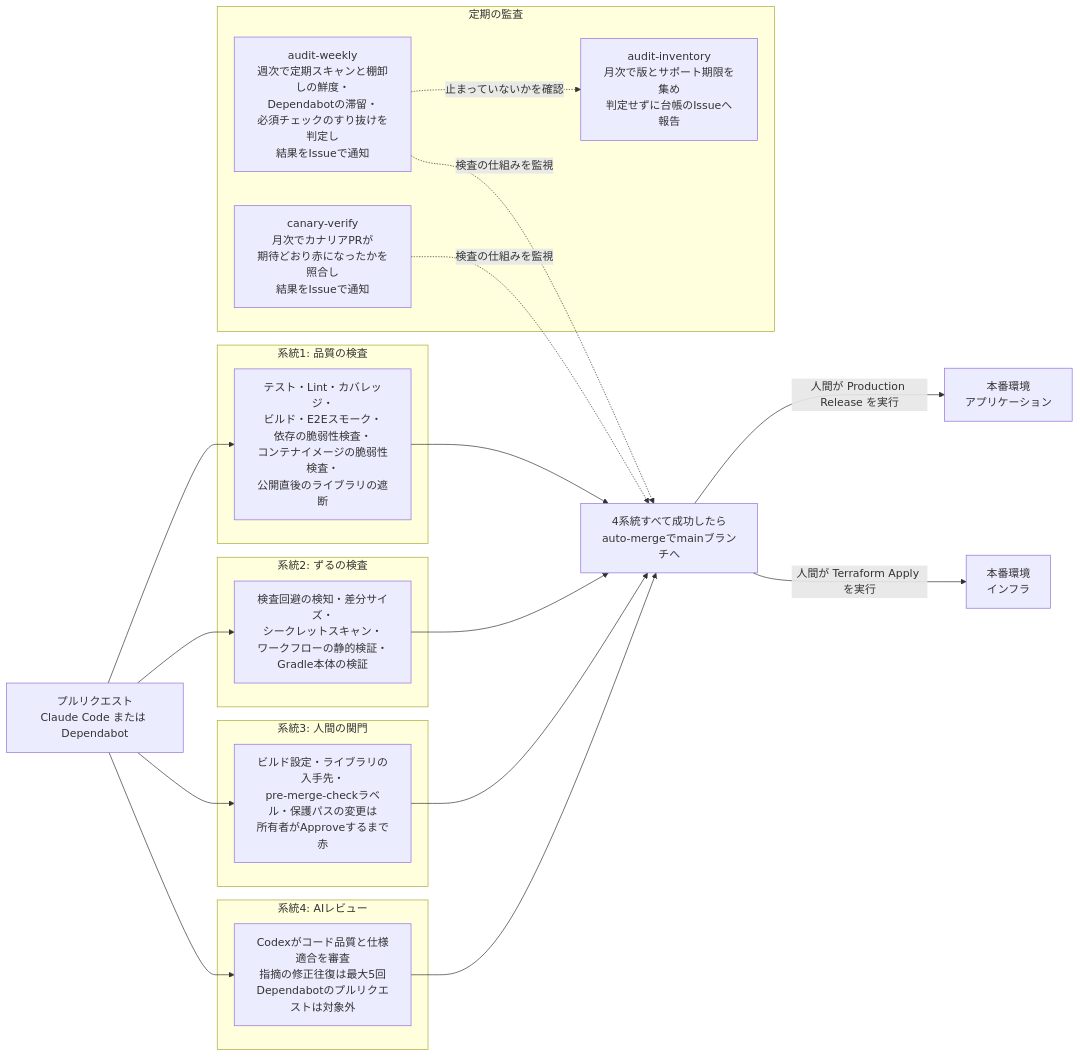
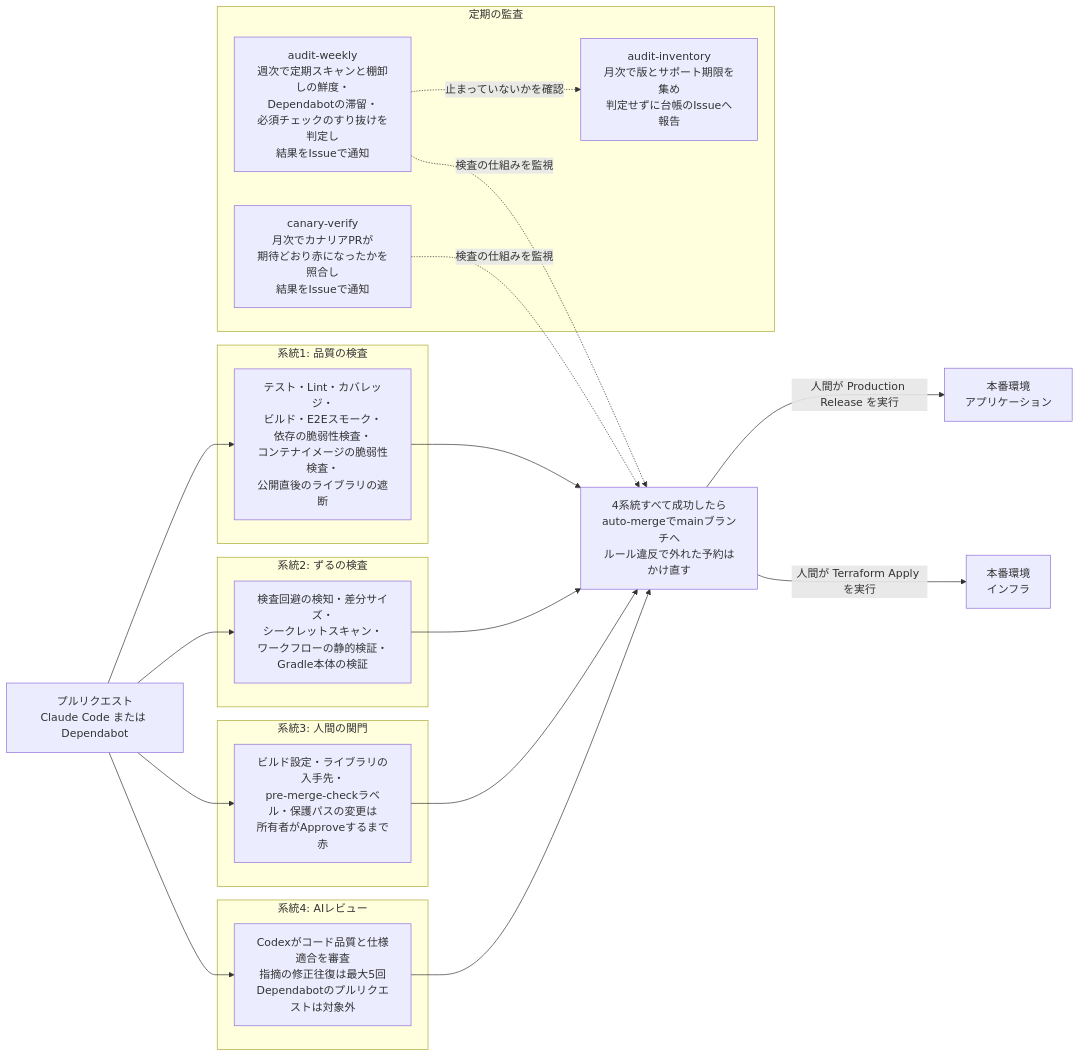
Before and after one commit to DogisRiki/KeirekiPro: the first of 2 diagrams in README.md, drawn with Mermaid. The commit also changed other lines of this file and 1 other file, not shown here.

Commit message:
fix: ルール違反で外れた auto-merge の予約をかけ直す (#441)
Changes:
- rearm-auto-merge.yaml を追加した。pull_request の auto_merge_disabled を起点に、
  理由がルール違反(repository_rule_violation)のときだけ BOT_GITHUB_TOKEN で予約し直す。
  ほかの理由で外れた場合、閉じた・draft のPR、Dependabot と fork のPRは対象外。
  同じコミットで3回を超えて外れたら予約し直さずに失敗で知らせる
- README のワークフロー一覧と図に追記した

Reason:
所有者の承認後に auto-merge の予約が外れ、予約し直すまでPRが止まることがある
(#348 #371 #379 #437)。

BREAKING CHANGE: N/A
Related: N/A
Refs: #440

````diff
--- a/README.md
+++ b/README.md
@@ -53,36 +53,36 @@
 ```mermaid
 flowchart LR
     PR[プルリクエスト<br>Claude Code または Dependabot]
 
     subgraph s1[系統1: 品質の検査]
         Q[テスト・Lint・カバレッジ・<br>ビルド・E2Eスモーク・<br>依存の脆弱性検査・<br>コンテナイメージの脆弱性検査・<br>公開直後のライブラリの遮断]
     end
     subgraph s2[系統2: ずるの検査]
         Z[検査回避の検知・差分サイズ・<br>シークレットスキャン・<br>ワークフローの静的検証・<br>Gradle本体の検証]
     end
     subgraph s3[系統3: 人間の関門]
         H[ビルド設定・ライブラリの入手先・<br>pre-merge-checkラベル・保護パスの変更は<br>所有者がApproveするまで赤]
     end
     subgraph s4[系統4: AIレビュー]
         A[Codexがコード品質と仕様適合を審査<br>指摘の修正往復は最大5回<br>Dependabotのプルリクエストは対象外]
     end
 
     PR --> Q
     PR --> Z
     PR --> H
     PR --> A
 
-    Q & Z & H & A --> M[4系統すべて成功したら<br>auto-mergeでmainブランチへ]
+    Q & Z & H & A --> M[4系統すべて成功したら<br>auto-mergeでmainブランチへ<br>ルール違反で外れた予約はかけ直す]
 
     M -->|人間が Production Release を実行| App[本番環境<br>アプリケーション]
     M -->|人間が Terraform Apply を実行| Infra[本番環境<br>インフラ]
 
     subgraph s5[定期の監査]
         AW[audit-weekly<br>週次で定期スキャンと棚卸しの鮮度・<br>Dependabotの滞留・<br>必須チェックのすり抜けを判定し<br>結果をIssueで通知]
         CV[canary-verify<br>月次でカナリアPRが<br>期待どおり赤になったかを照合し<br>結果をIssueで通知]
         AI[audit-inventory<br>月次で版とサポート期限を集め<br>判定せずに台帳のIssueへ報告]
     end
 
     AW & CV -.検査の仕組みを監視.-> M
     AW -.止まっていないかを確認.-> AI
 ```
````
